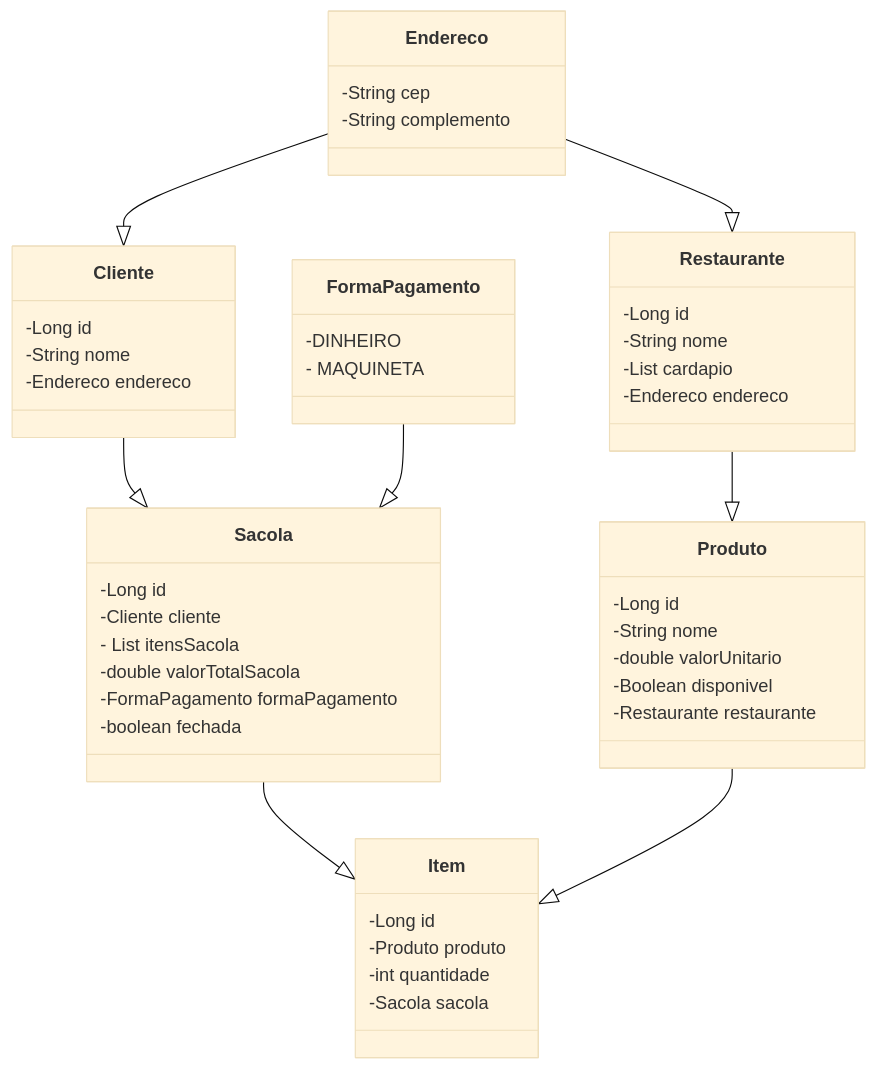
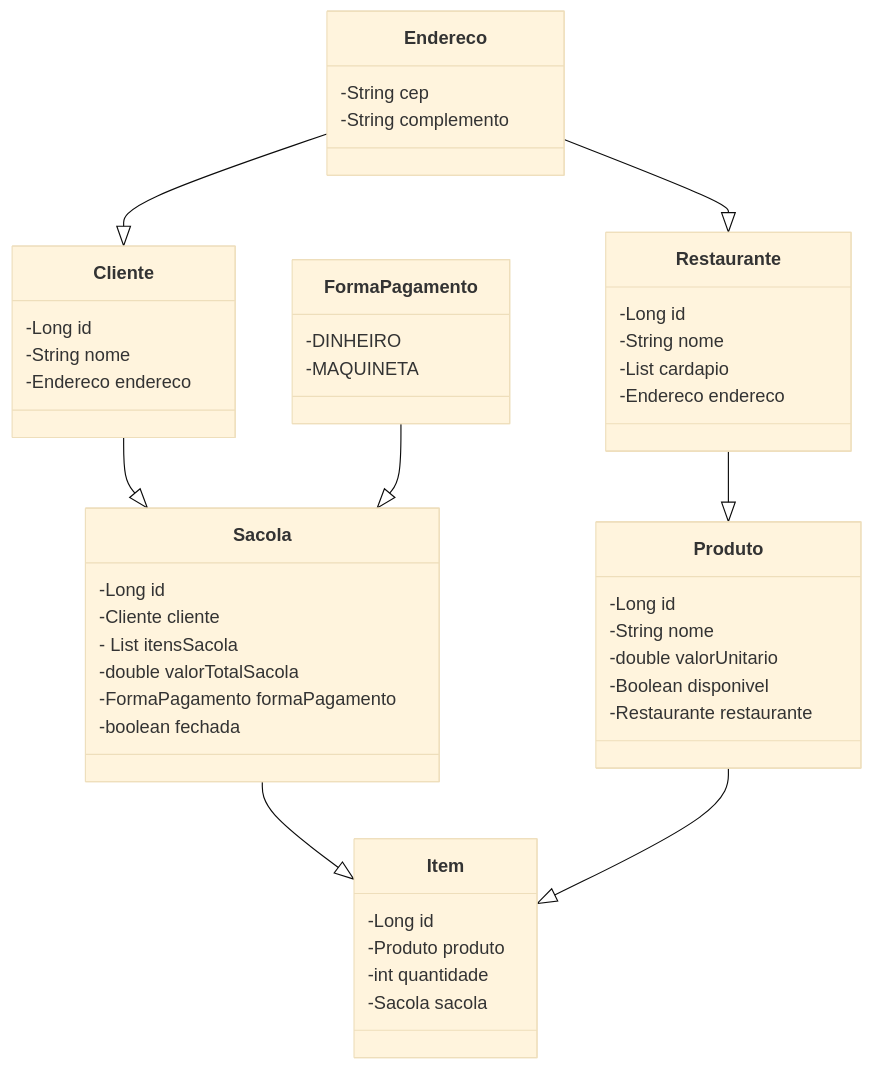
One commit to tfalc/Shop-Cart-API changed the diagram in README.md. Above: the diagram before and after it, drawn with Mermaid (base theme).

````diff
--- a/README.md
+++ b/README.md
@@ -25,43 +25,43 @@
 ```mermaid
 classDiagram
 Cliente --|> Sacola
 Cliente : -Long id
 Cliente : -String nome
 Cliente : -Endereco endereco
 
 Sacola : -Long id
 Sacola : -Cliente cliente
 Sacola : - List<Item> itensSacola
 Sacola : -double valorTotalSacola
 Sacola : -FormaPagamento formaPagamento
 Sacola : -boolean fechada
 
 Endereco --|> Cliente
 Endereco : -String cep
 Endereco : -String complemento
 
 FormaPagamento --|> Sacola
 FormaPagamento : -DINHEIRO
-FormaPagamento : - MAQUINETA
+FormaPagamento : -MAQUINETA
 
 Endereco --|> Restaurante
 Restaurante --|> Produto
 Restaurante : -Long id
 Restaurante : -String nome
 Restaurante : -List<Produtos> cardapio
 Restaurante : -Endereco endereco
 
 Sacola --|> Item
 Produto --|> Item
 Item : -Long id
 Item : -Produto produto
 Item : -int quantidade
 Item : -Sacola sacola
 
 Produto : -Long id
 Produto : -String nome
 Produto : -double valorUnitario
 Produto : -Boolean disponivel
 Produto : -Restaurante restaurante
  
 ```
````
